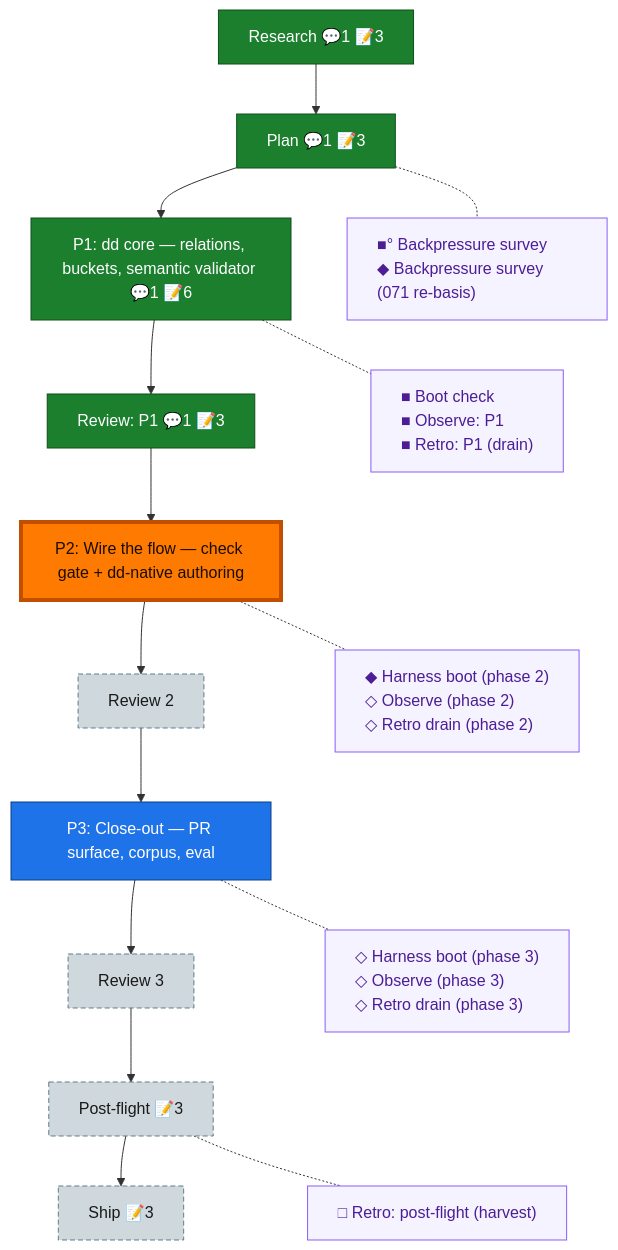
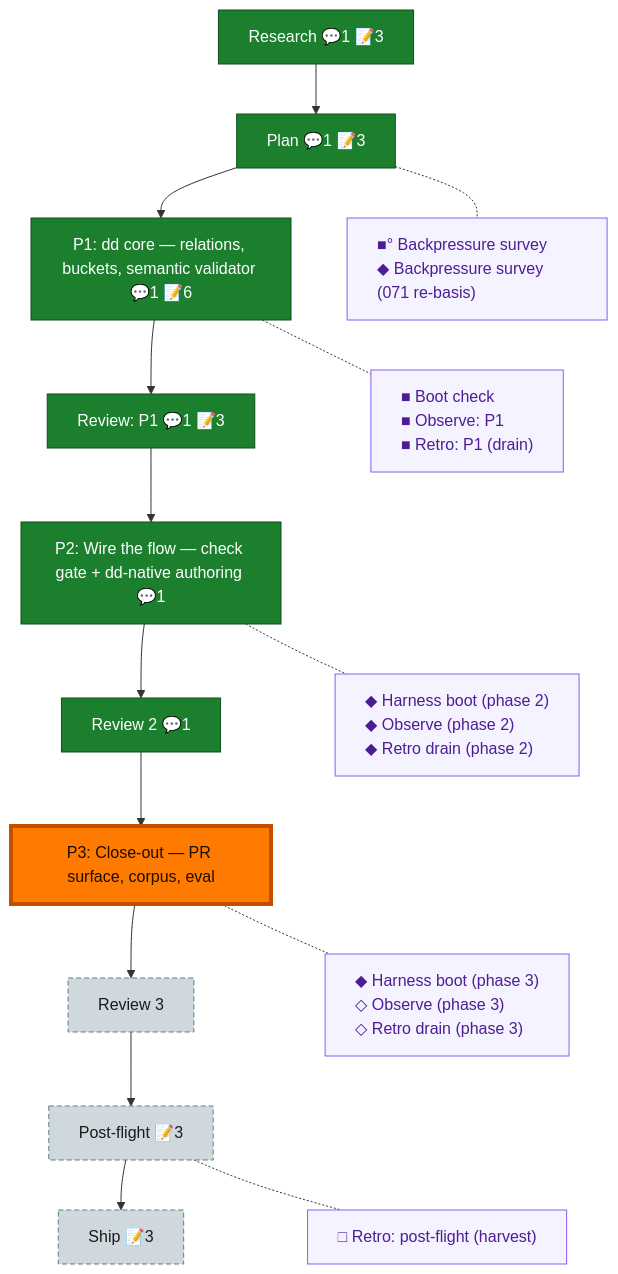
The diagram in docs/plans/071-dd-native-builder/the-flow.md (AI-Substrate/harness-engineering), drawn with Mermaid before and after one commit. The commit also changed other lines of this file and 2 other files, not shown here.

Commit message:
docs(071): phase-2 boundary receipts — retro drain (8 entries), spine nodes closed, nav to phase-3, boot-3 HEALTHY

````diff
--- a/docs/plans/071-dd-native-builder/the-flow.md
+++ b/docs/plans/071-dd-native-builder/the-flow.md
@@ -8,38 +8,38 @@
 ```mermaid
 flowchart TD
     research["Research 💬1 📝3"]:::done
     plan["Plan 💬1 📝3"]:::done
     phase_1["P1: dd core — relations, buckets, semantic validator 💬1 📝6"]:::done
     review_1["Review: P1 💬1 📝3"]:::done
-    phase_2["P2: Wire the flow — check gate + dd-native authoring"]:::known
-    review_2["Review 2"]:::assumed
+    phase_2["P2: Wire the flow — check gate + dd-native authoring 💬1"]:::done
+    review_2["Review 2 💬1"]:::done
     phase_3["P3: Close-out — PR surface, corpus, eval"]:::known
     review_3["Review 3"]:::assumed
     post_flight["Post-flight 📝3"]:::assumed
     ship["Ship 📝3"]:::assumed
 
     research --> plan --> phase_1 --> review_1 --> phase_2 --> review_2 --> phase_3 --> review_3 --> post_flight --> ship
 
     planC["■° Backpressure survey<br/>◆ Backpressure survey (071 re-basis)"]:::chore
     phase_1C["■ Boot check<br/>■ Observe: P1<br/>■ Retro: P1 (drain)"]:::chore
-    phase_2C["◆ Harness boot (phase 2)<br/>◇ Observe (phase 2)<br/>◇ Retro drain (phase 2)"]:::chore
-    phase_3C["◇ Harness boot (phase 3)<br/>◇ Observe (phase 3)<br/>◇ Retro drain (phase 3)"]:::chore
+    phase_2C["◆ Harness boot (phase 2)<br/>◆ Observe (phase 2)<br/>◆ Retro drain (phase 2)"]:::chore
+    phase_3C["◆ Harness boot (phase 3)<br/>◇ Observe (phase 3)<br/>◇ Retro drain (phase 3)"]:::chore
     post_flightC["□ Retro: post-flight (harvest)"]:::chore
 
     %% invisible chain holds the gutter boxes in their own column
     planC ~~~ phase_1C ~~~ phase_2C ~~~ phase_3C ~~~ post_flightC
 
     %% dotted links pull each gutter box beside its node
     plan -.- planC
     phase_1 -.- phase_1C
     phase_2 -.- phase_2C
     phase_3 -.- phase_3C
     post_flight -.- post_flightC
 
     classDef done fill:#1B7F2E,stroke:#0F4F1B,color:#fff;
     classDef known fill:#1E73E8,stroke:#0D3F86,color:#fff;
     classDef assumed fill:#CFD8DC,stroke:#607D8B,color:#1a1a1a,stroke-dasharray:5 3;
     classDef chore fill:#f5f3ff,stroke:#8b5cf6,color:#4c1d95,text-align:left;
     classDef current fill:#FF7A00,stroke:#C24E00,color:#1a0e00,stroke-width:4px;
-    class phase_2 current;
+    class phase_3 current;
 ```
````
